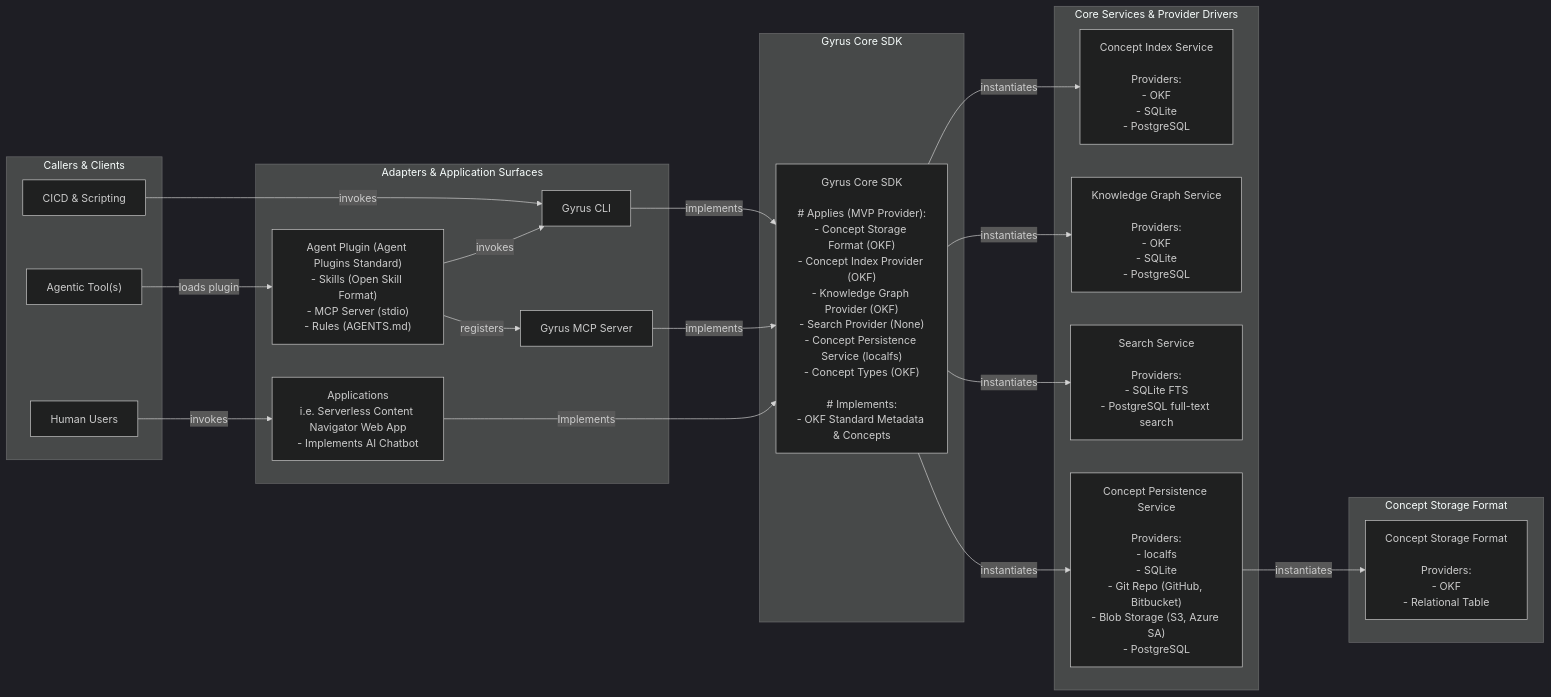
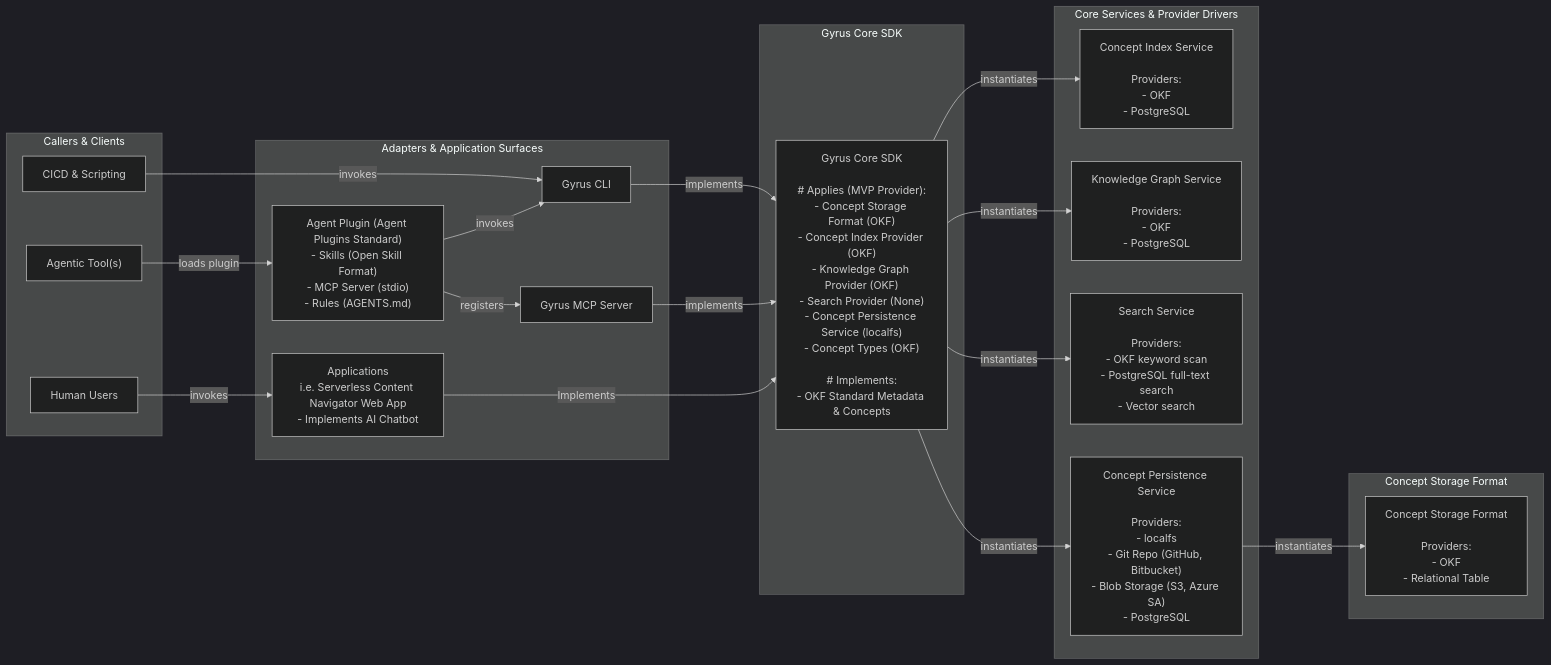
One commit to armckinney/gyrus changed the first of 3 diagrams in .gyrus/concepts/root/reference/guide-001-system-architecture.md. Above: the diagram before and after it, drawn with Mermaid (dark theme). The commit also changed other lines of this file and 15 other files, not shown here.

````diff
--- a/.gyrus/concepts/root/reference/guide-001-system-architecture.md
+++ b/.gyrus/concepts/root/reference/guide-001-system-architecture.md
@@ -24,49 +24,49 @@
 ```mermaid
 graph LR
     subgraph Clients ["Callers & Clients"]
         CICD["CICD & Scripting"]
         AgentTools["Agentic Tool(s)"]
         Humans["Human Users"]
     end
 
     subgraph Interface ["Adapters & Application Surfaces"]
         Plugin["Agent Plugin (Agent Plugins Standard)\n- Skills (Open Skill Format)\n- MCP Server (stdio)\n- Rules (AGENTS.md)"]
         CLI["Gyrus CLI"]
         MCP["Gyrus MCP Server"]
         Apps["Applications\ni.e. Serverless Content Navigator Web App\n- Implements AI Chatbot"]
     end
 
     subgraph Core ["Gyrus Core SDK"]
         CoreSDK["Gyrus Core SDK\n\n# Applies (MVP Provider):\n- Concept Storage Format (OKF)\n- Concept Index Provider (OKF)\n- Knowledge Graph Provider (OKF)\n- Search Provider (None)\n- Concept Persistence Service (localfs)\n- Concept Types (OKF)\n\n# Implements:\n- OKF Standard Metadata & Concepts"]
     end
 
     subgraph Services ["Core Services & Provider Drivers"]
-        IndexSvc["Concept Index Service\n\nProviders:\n- OKF\n- SQLite\n- PostgreSQL"]
-        GraphSvc["Knowledge Graph Service\n\nProviders:\n- OKF\n- SQLite\n- PostgreSQL"]
-        SearchSvc["Search Service\n\nProviders:\n- SQLite FTS\n- PostgreSQL full-text search"]
-        PersistSvc["Concept Persistence Service\n\nProviders:\n- localfs\n- SQLite\n- Git Repo (GitHub, Bitbucket)\n- Blob Storage (S3, Azure SA)\n- PostgreSQL"]
+        IndexSvc["Concept Index Service\n\nProviders:\n- OKF\n- PostgreSQL"]
+        GraphSvc["Knowledge Graph Service\n\nProviders:\n- OKF\n- PostgreSQL"]
+        SearchSvc["Search Service\n\nProviders:\n- OKF keyword scan\n- PostgreSQL full-text search\n- Vector search"]
+        PersistSvc["Concept Persistence Service\n\nProviders:\n- localfs\n- Git Repo (GitHub, Bitbucket)\n- Blob Storage (S3, Azure SA)\n- PostgreSQL"]
     end
 
     subgraph Storage ["Concept Storage Format"]
         StorageFmt["Concept Storage Format\n\nProviders:\n- OKF\n- Relational Table"]
     end
 
     %% Client and Adapter Relations
     CICD -->|invokes| CLI
     AgentTools -->|loads plugin| Plugin
     Plugin -->|invokes| CLI
     Plugin -->|registers| MCP
     CLI -->|implements| CoreSDK
     MCP -->|implements| CoreSDK
     Humans -->|invokes| Apps
     Apps -->|Implements| CoreSDK
 
     %% Core SDK Services Relations
     CoreSDK -->|instantiates| IndexSvc
     CoreSDK -->|instantiates| GraphSvc
     CoreSDK -->|instantiates| SearchSvc
     CoreSDK -->|instantiates| PersistSvc
 
     %% Persistence to Storage Format
     PersistSvc -->|instantiates| StorageFmt
 ```
````
